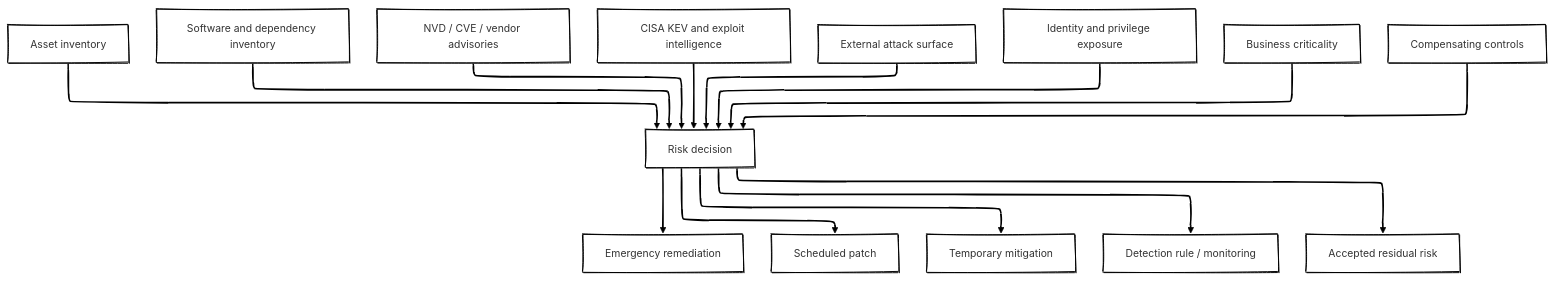
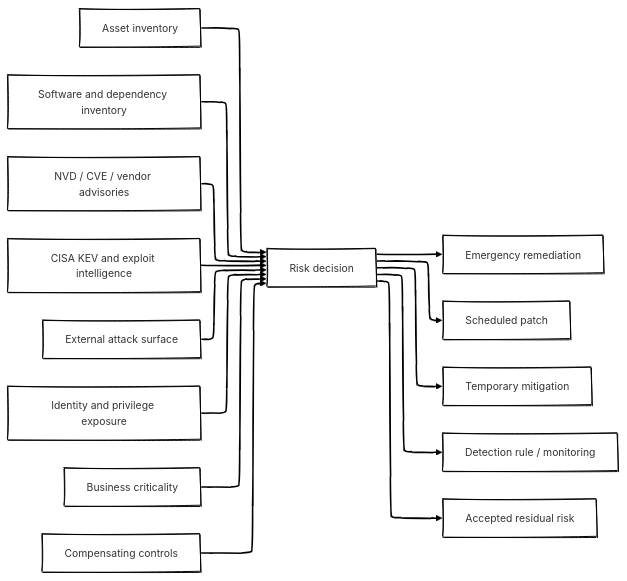
The third of 3 diagrams in posts/when-vulnerability-databases-become-triage-systems/index.qmd (antomon/antomon.github.io), drawn with Mermaid before and after one commit. The commit also changed 6 other files, not shown here.

````diff
--- a/posts/when-vulnerability-databases-become-triage-systems/index.qmd
+++ b/posts/when-vulnerability-databases-become-triage-systems/index.qmd
@@ -164,23 +164,23 @@
 ```{mermaid}
 %%| label: fig-risk-based-vulnerability-management
 %%| fig-cap: "Risk-based vulnerability management after selective public enrichment."
 %%| fig-alt: "A flowchart showing how asset inventory, software inventory, CVE data, KEV data, attack surface, identity exposure, business criticality, and compensating controls converge into remediation decisions."
 %%| fig-align: center
 %%{init: {"theme": "neo", "look": "handDrawn", "layout": "elk"}}%%
 
-flowchart TD
+flowchart LR
     A[Asset inventory] --> R[Risk decision]
     B[Software and dependency inventory] --> R
     C[NVD / CVE / vendor advisories] --> R
     D[CISA KEV and exploit intelligence] --> R
     E[External attack surface] --> R
     F[Identity and privilege exposure] --> R
     G[Business criticality] --> R
     H[Compensating controls] --> R
 
     R --> P1[Emergency remediation]
     R --> P2[Scheduled patch]
     R --> P3[Temporary mitigation]
     R --> P4[Detection rule / monitoring]
     R --> P5[Accepted residual risk]
 ```
````
